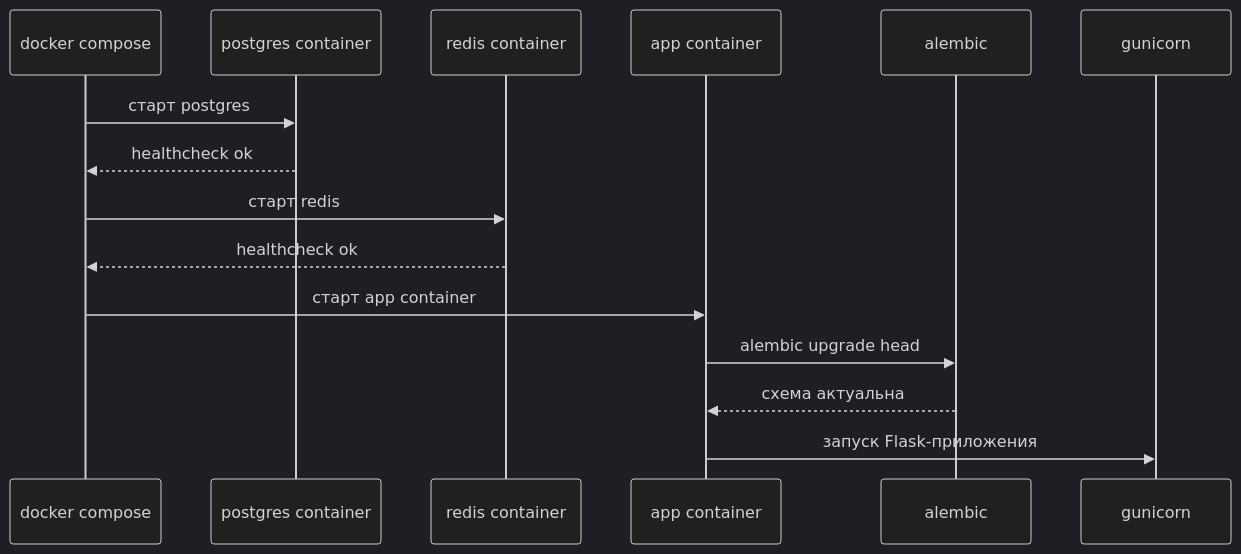
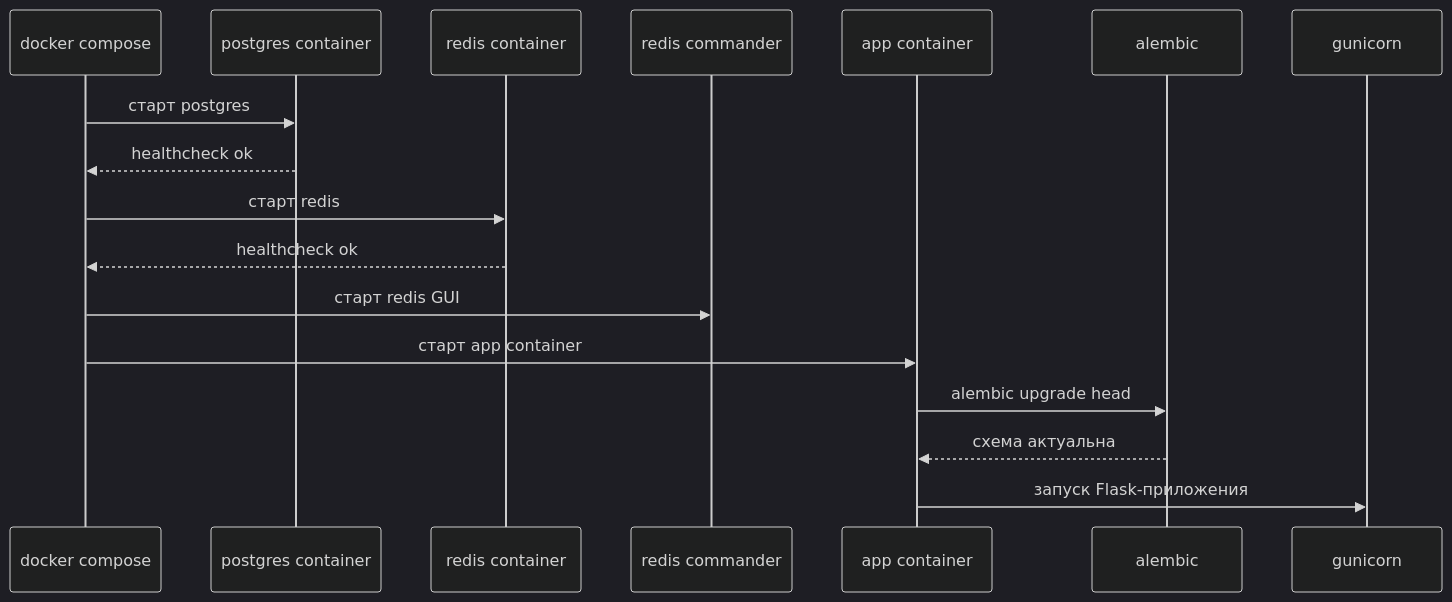
One commit to serega20112/Anime-Epic-Moments changed the second of 2 diagrams in docs/deployment/overview.md. Above: the diagram before and after it, drawn with Mermaid (dark theme). The commit also changed other lines of this file and 15 other files, not shown here.

````diff
--- a/docs/deployment/overview.md
+++ b/docs/deployment/overview.md
@@ -29,18 +32,20 @@
 ```mermaid
 sequenceDiagram
     participant C as docker compose
     participant P as postgres container
     participant R as redis container
+    participant UI as redis commander
     participant A as app container
     participant M as alembic
     participant G as gunicorn
 
     C->>P: старт postgres
     P-->>C: healthcheck ok
     C->>R: старт redis
     R-->>C: healthcheck ok
+    C->>UI: старт redis GUI
     C->>A: старт app container
     A->>M: alembic upgrade head
     M-->>A: схема актуальна
     A->>G: запуск Flask-приложения
 ```
````
